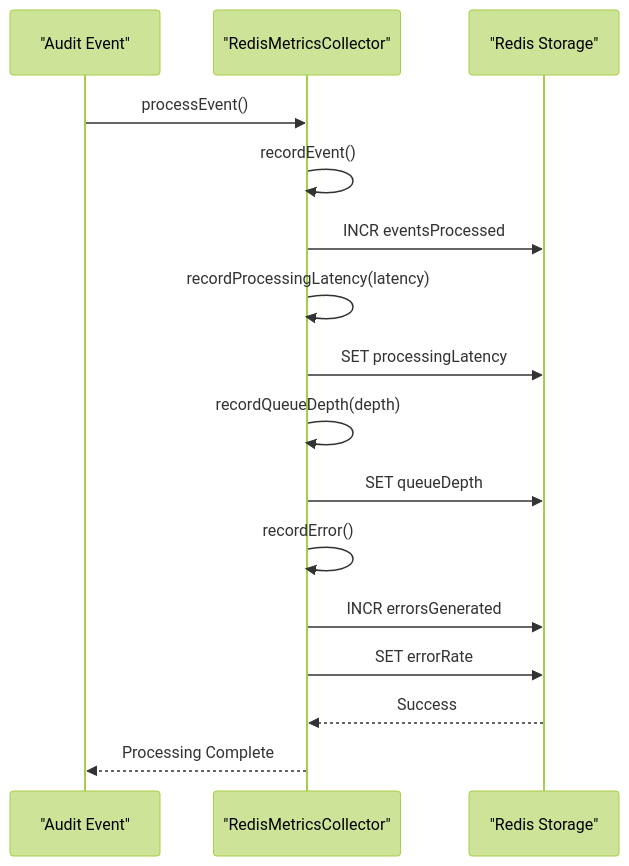
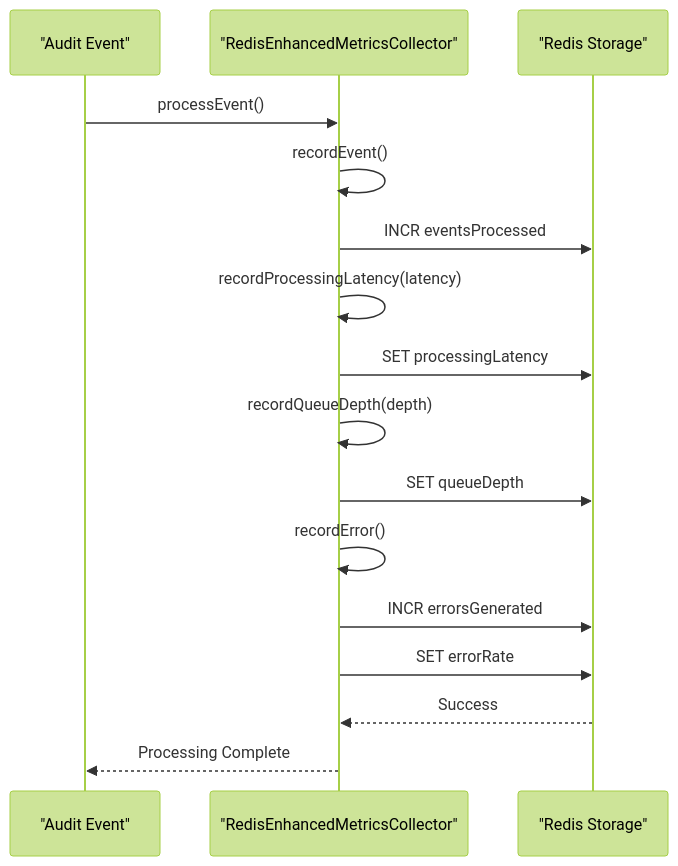
Before and after one commit to smedrec/smart-logs: the fourth of 13 diagrams in .qoder/repowiki/en/content/Audit Core System/Observability/Observability Dashboard.md, drawn with Mermaid (forest theme). The commit also changed other lines of this file and 27 other files, not shown here.

````diff
--- a/.qoder/repowiki/en/content/Audit Core System/Observability/Observability Dashboard.md
+++ b/.qoder/repowiki/en/content/Audit Core System/Observability/Observability Dashboard.md
@@ -180,18 +179,18 @@
 ```mermaid
 sequenceDiagram
 participant Event as "Audit Event"
-participant Collector as "RedisMetricsCollector"
+participant Collector as "RedisEnhancedMetricsCollector"
 participant Redis as "Redis Storage"
 Event->>Collector : processEvent()
 Collector->>Collector : recordEvent()
 Collector->>Redis : INCR eventsProcessed
 Collector->>Collector : recordProcessingLatency(latency)
 Collector->>Redis : SET processingLatency
 Collector->>Collector : recordQueueDepth(depth)
 Collector->>Redis : SET queueDepth
 Collector->>Collector : recordError()
 Collector->>Redis : INCR errorsGenerated
 Collector->>Redis : SET errorRate
 Redis-->>Collector : Success
 Collector-->>Event : Processing Complete
 ```
````
